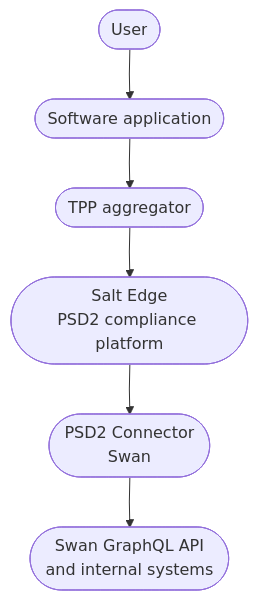
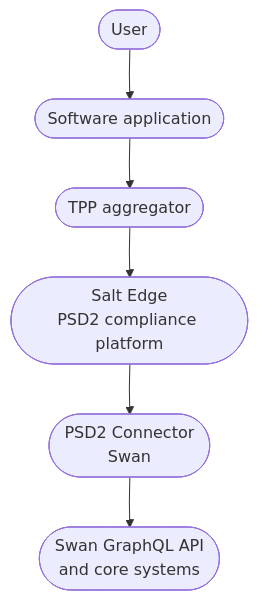
One commit to swan-io/docs changed the diagram in docs/topics/open-banking/index.mdx. Above: the diagram before and after it, drawn with Mermaid. The commit also changed other lines of this file and 8 other files, not shown here.

````diff
--- a/docs/topics/open-banking/index.mdx
+++ b/docs/topics/open-banking/index.mdx
@@ -62,9 +62,9 @@
 ```mermaid
 %%{ init: { 'flowchart': { 'curve': 'linear' } } }%%
 flowchart TB
     U([User]) --> SA([Software application])
     SA --> TPP([TPP aggregator])
     TPP --> SE([Salt Edge<br/>PSD2 compliance platform])
     SE --> PC([PSD2 Connector<br/>Swan])
-    PC --> API([Swan GraphQL API<br/>and internal systems])
+    PC --> API([Swan GraphQL API<br/>and core systems])
 ```
````
